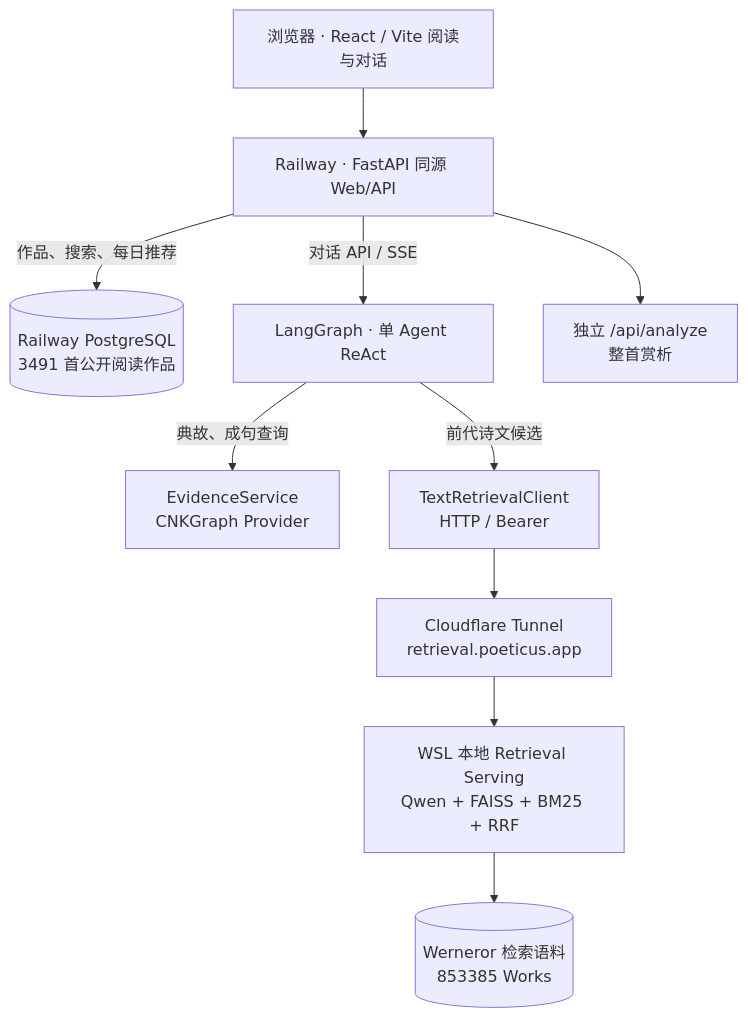
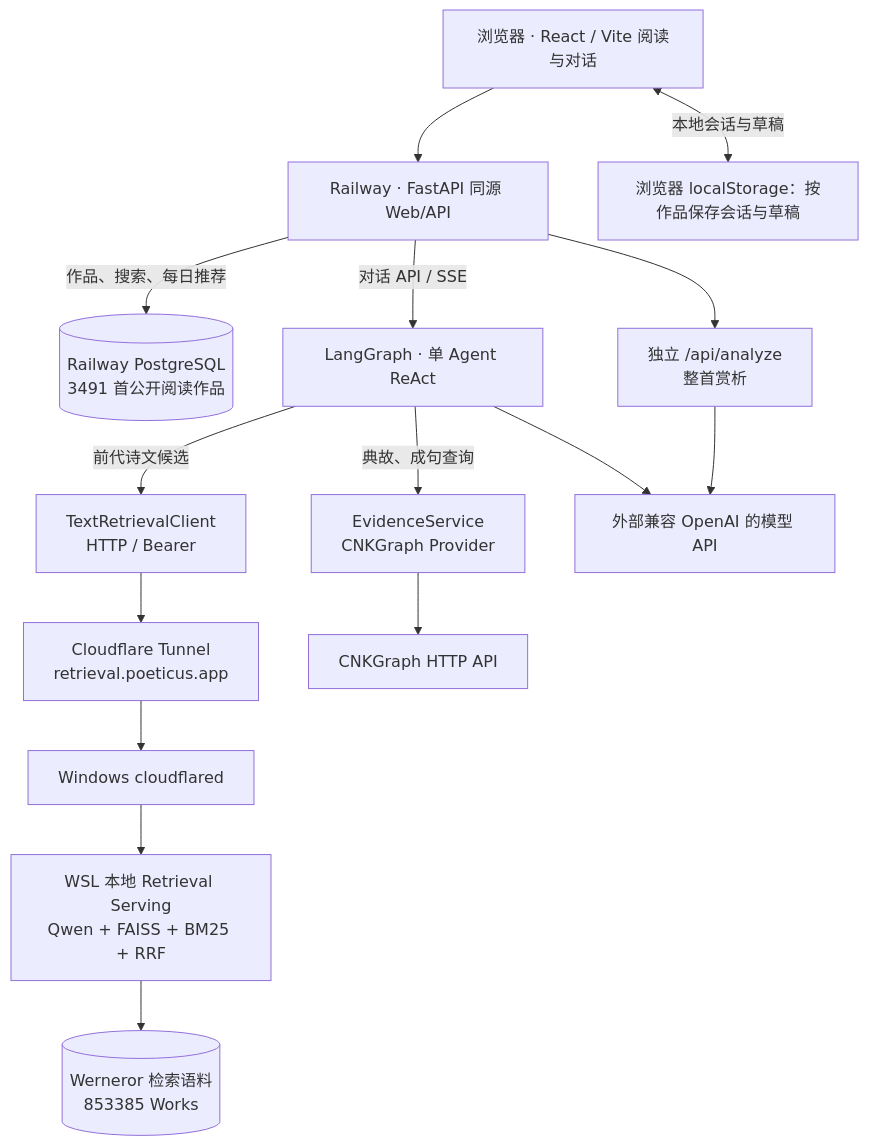
Before and after one commit to montricwang/poeticus: the first of 2 diagrams in docs/research/architecture-assessment-2026-10-18.md, drawn with Mermaid. The commit also changed other lines of this file, not shown here.

Commit message:
docs: refine architecture assessment evidence and runtime paths

````diff
--- a/docs/research/architecture-assessment-2026-10-18.md
+++ b/docs/research/architecture-assessment-2026-10-18.md
@@ -22,22 +24,31 @@
 ```mermaid
 flowchart TB
     Reader["浏览器 · React / Vite 阅读与对话"]
     App["Railway · FastAPI 同源 Web/API"]
     PG[("Railway PostgreSQL\n3491 首公开阅读作品")]
     Chat["LangGraph · 单 Agent ReAct"]
     Analyze["独立 /api/analyze\n整首赏析"]
     Ev["EvidenceService\nCNKGraph Provider"]
     Client["TextRetrievalClient\nHTTP / Bearer"]
     Tunnel["Cloudflare Tunnel\nretrieval.poeticus.app"]
     Serve["WSL 本地 Retrieval Serving\nQwen + FAISS + BM25 + RRF"]
     RetData[("Werneror 检索语料\n853385 Works")]
 
+    Local["浏览器 localStorage：按作品保存会话与草稿"]
+    LLM["外部兼容 OpenAI 的模型 API"]
+    Cnk["CNKGraph HTTP API"]
+    Connector["Windows cloudflared"]
+
     Reader --> App
+    Reader <-->|"本地会话与草稿"| Local
     App -->|"作品、搜索、每日推荐"| PG
     App -->|"对话 API / SSE"| Chat
     App --> Analyze
+    Chat --> LLM
+    Analyze --> LLM
     Chat -->|"典故、成句查询"| Ev
+    Ev --> Cnk
     Chat -->|"前代诗文候选"| Client
-    Client --> Tunnel --> Serve
+    Client --> Tunnel --> Connector --> Serve
     Serve --> RetData
 ```
````
